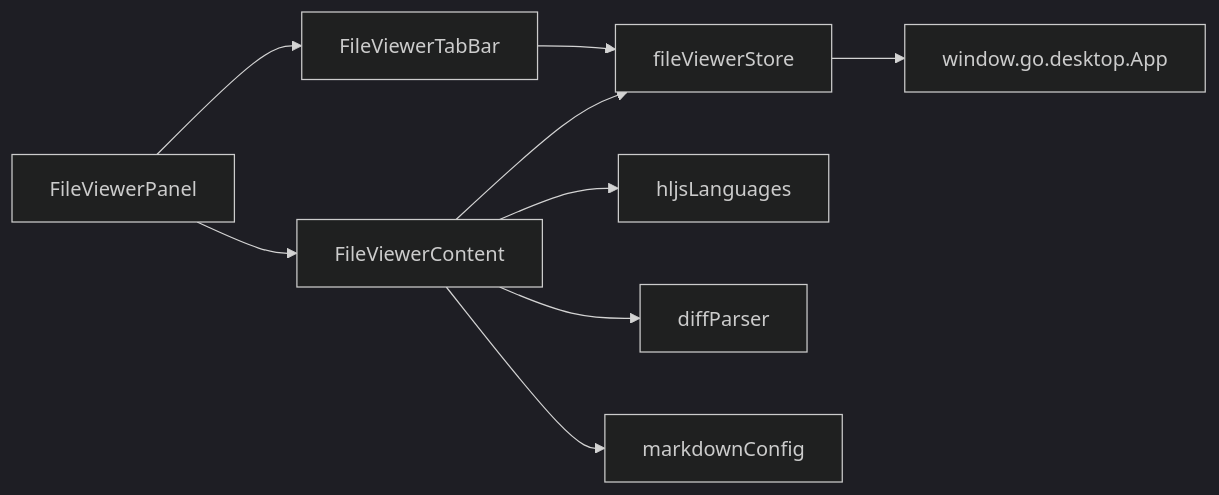
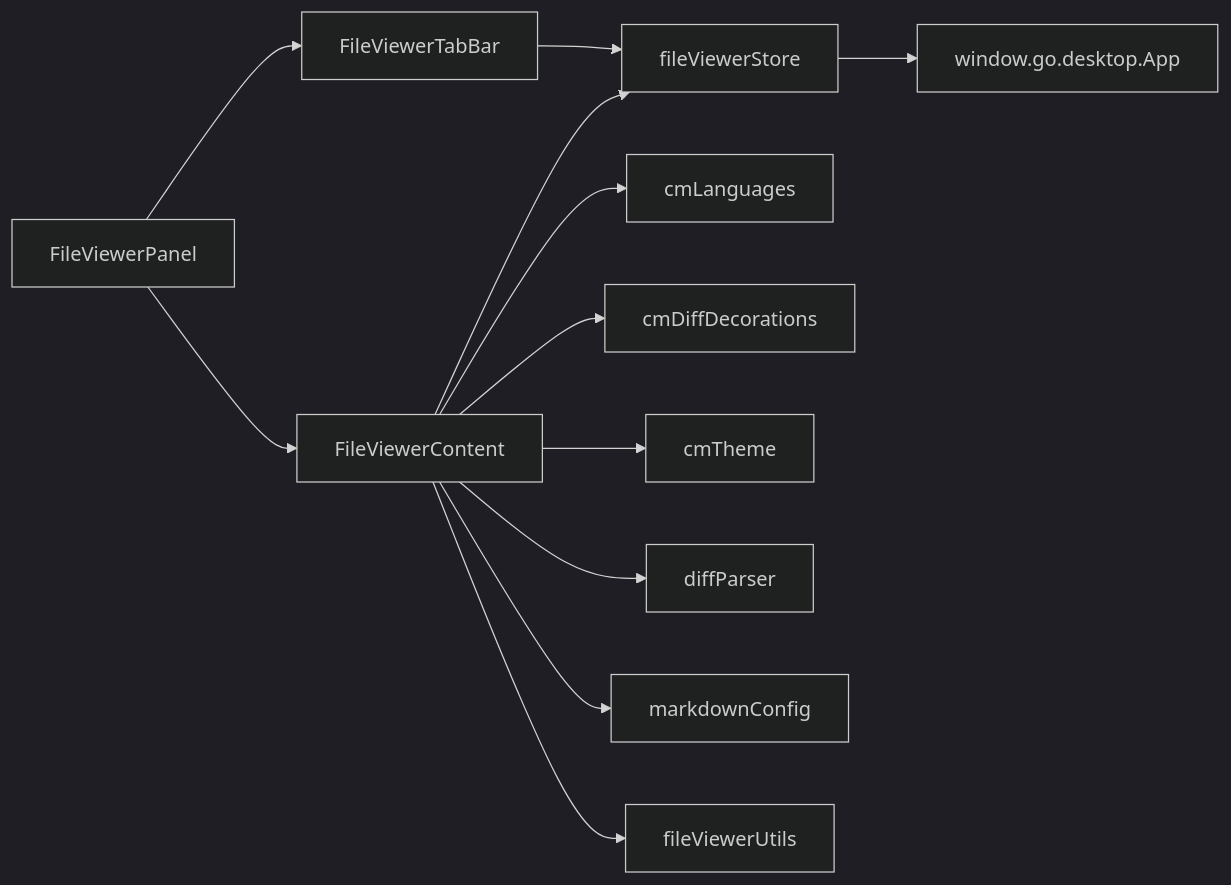
The tenth of 10 diagrams in .qoder/repowiki/en/content/Frontend Application/UI Components/File Viewer Components.md (v0lka/c0wrk), drawn with Mermaid (dark theme) before and after one commit. The commit also changed other lines of this file and 3 other files, not shown here.

````diff
--- a/.qoder/repowiki/en/content/Frontend Application/UI Components/File Viewer Components.md
+++ b/.qoder/repowiki/en/content/Frontend Application/UI Components/File Viewer Components.md
@@ -351,11 +436,14 @@
 ```mermaid
 graph LR
 Panel["FileViewerPanel"] --> TabBar["FileViewerTabBar"]
 Panel --> Content["FileViewerContent"]
 Content --> Store["fileViewerStore"]
 TabBar --> Store
-Content --> HL["hljsLanguages"]
+Content --> CL["cmLanguages"]
+Content --> CD["cmDiffDecorations"]
+Content --> CT["cmTheme"]
 Content --> DP["diffParser"]
 Content --> MC["markdownConfig"]
+Content --> FU["fileViewerUtils"]
 Store --> Backend["window.go.desktop.App"]
 ```
````
